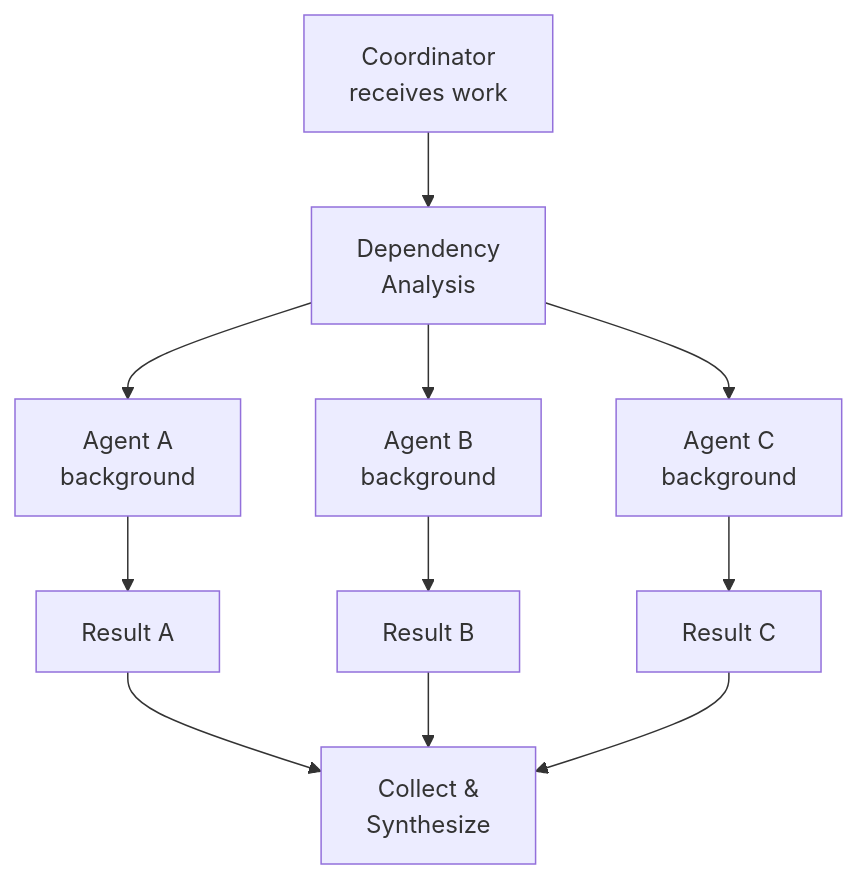
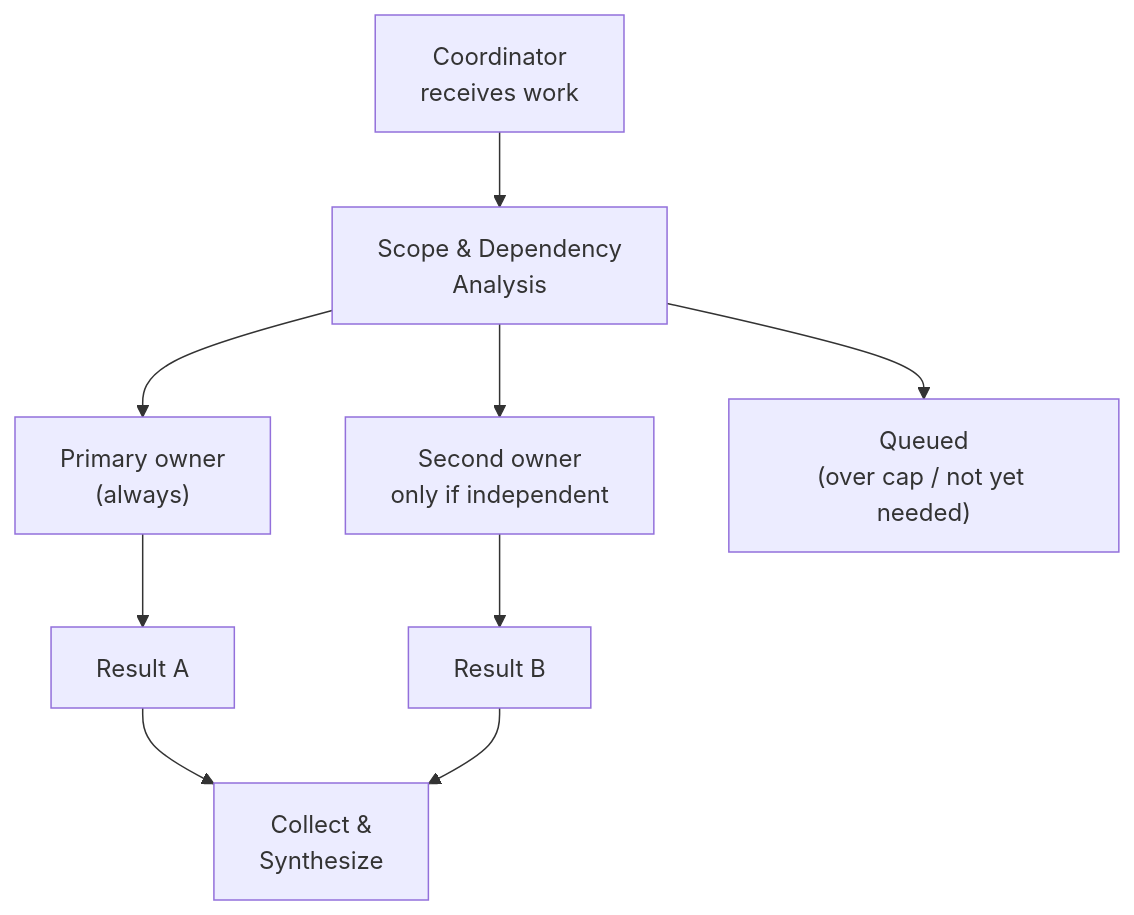
One commit to bradygaster/squad changed the first of 3 diagrams in docs/src/content/docs/concepts/parallel-work.md. Above: the diagram before and after it, drawn with Mermaid. The commit also changed other lines of this file and 81 other files, not shown here.

````diff
--- a/docs/src/content/docs/concepts/parallel-work.md
+++ b/docs/src/content/docs/concepts/parallel-work.md
@@ -19,23 +19,20 @@
 ```mermaid
 graph TD
     A["Coordinator<br/>receives work"]
-    B["Dependency<br/>Analysis"]
-    C["Agent A<br/>background"]
-    D["Agent B<br/>background"]
-    E["Agent C<br/>background"]
+    B["Scope &amp; Dependency<br/>Analysis"]
+    C["Primary owner<br/>(always)"]
+    D["Second owner<br/>only if independent"]
+    E["Queued<br/>(over cap / not yet needed)"]
     F["Result A"]
     G["Result B"]
-    H["Result C"]
-    I["Collect &<br/>Synthesize"]
+    I["Collect &amp;<br/>Synthesize"]
 
     A --> B
     B --> C
     B --> D
     B --> E
     C --> F
     D --> G
-    E --> H
     F --> I
     G --> I
-    H --> I
 ```
````
